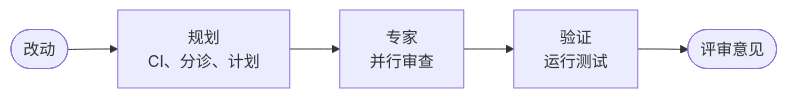
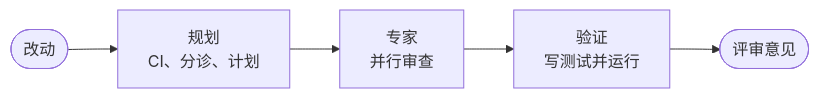
Before and after one commit to Pleasurecruise/eyeful: the diagram in docs/zh/README.md, drawn with Mermaid. The commit also changed other lines of this file and 86 other files, not shown here.

````diff
--- a/docs/zh/README.md
+++ b/docs/zh/README.md
@@ -5,7 +5,7 @@
 ```mermaid
 flowchart LR
     change(["改动"]) --> plan["规划<br/>CI、分诊、计划"]
     plan --> experts["专家<br/>并行审查"]
-    experts --> verify["验证<br/>运行测试"]
+    experts --> verify["验证<br/>写测试并运行"]
     verify --> feedback(["评审意见"])
 ```
````
